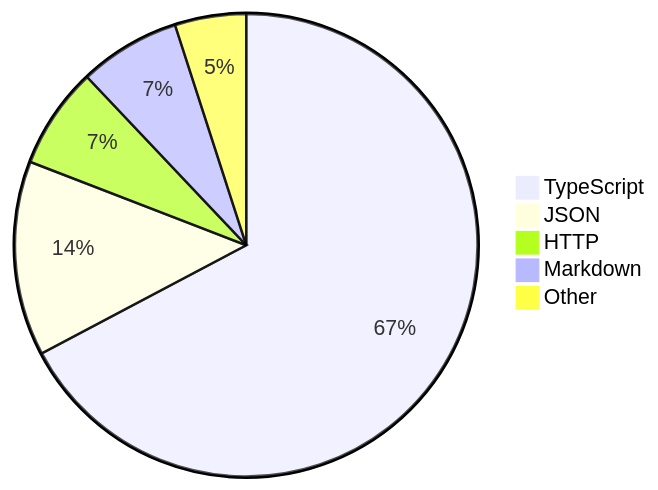
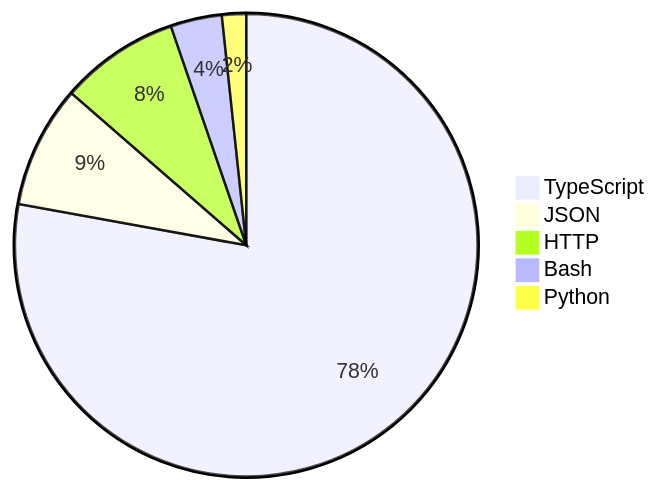
Before and after one commit to skvggor/skvggor: the diagram in README.md, drawn with Mermaid.

Commit message:
Updated waka-readme graph with new metrics

````diff
--- a/README.md
+++ b/README.md
@@ -16,8 +16,8 @@
 ```mermaid
 pie
-    "TypeScript" : 60.8
-    "JSON" : 12.3
-    "HTTP" : 6.4
-    "Markdown" : 6.4
-    "Other" : 4.5
+    "TypeScript" : 73.8
+    "JSON" : 8.1
+    "HTTP" : 7.9
+    "Bash" : 3.4
+    "Python" : 1.6
 ```
````
